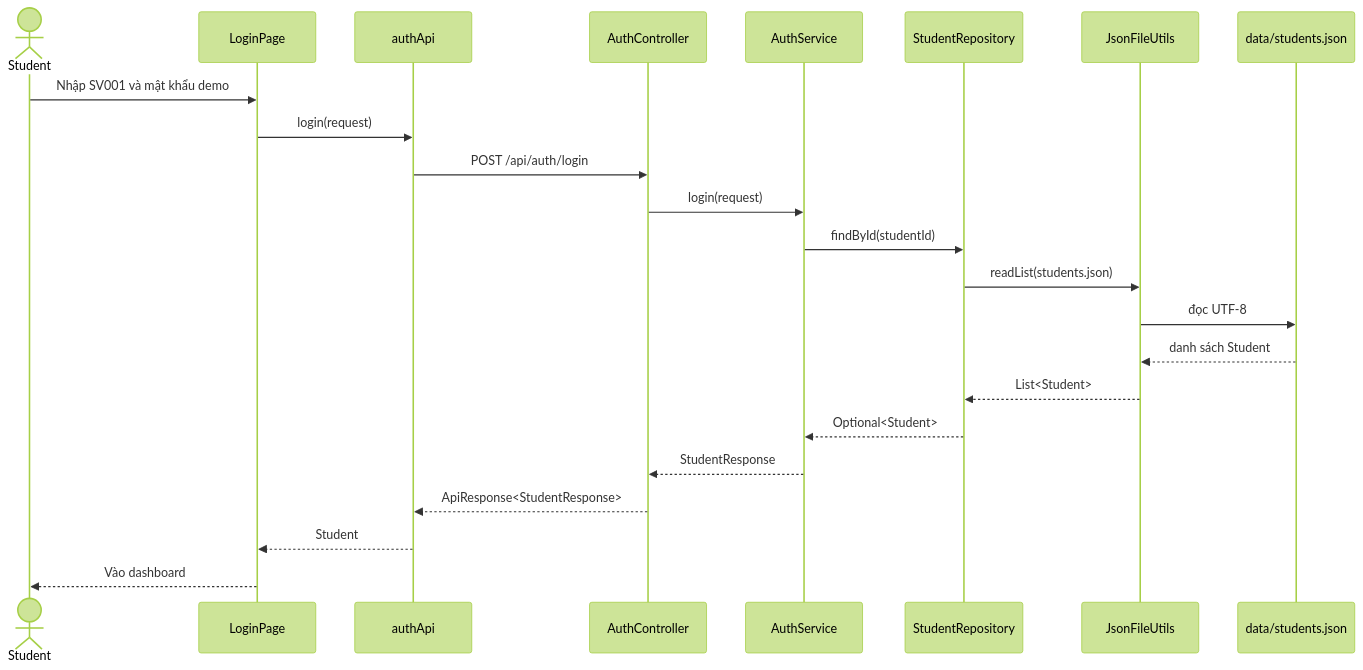
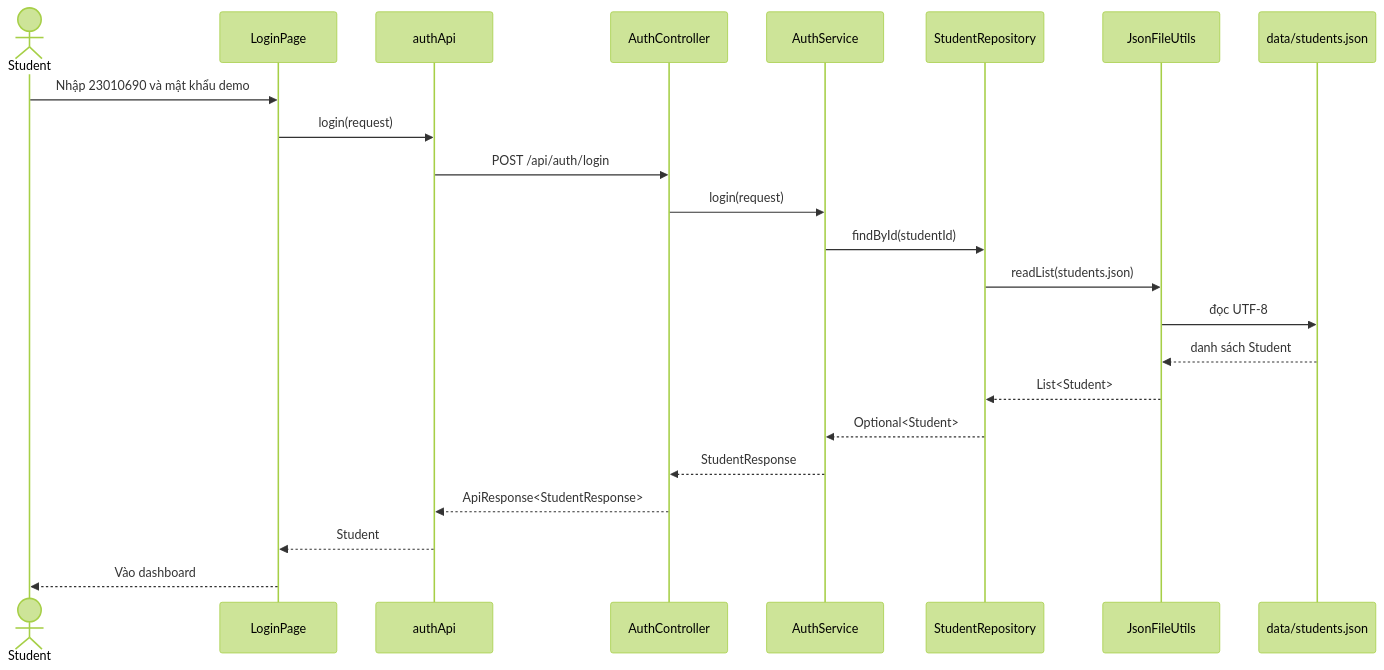
Before and after one commit to Shuuma4869/He-thong-dang-ki-mon-cho-sinh-vien-dai-hoc: the diagram in ho-so-nop-bai/so-do/sequence-login.md, drawn with Mermaid (forest theme). The commit also changed 41 other files, not shown here.

````diff
--- a/ho-so-nop-bai/so-do/sequence-login.md
+++ b/ho-so-nop-bai/so-do/sequence-login.md
@@ -3,26 +3,26 @@
 ```mermaid
 sequenceDiagram
   actor Student
   participant LoginPage
   participant authApi
   participant AuthController
   participant AuthService
   participant StudentRepository
   participant JsonFileUtils
   participant StudentsJson as data/students.json
 
-  Student->>LoginPage: Nhập SV001 và mật khẩu demo
+  Student->>LoginPage: Nhập 23010690 và mật khẩu demo
   LoginPage->>authApi: login(request)
   authApi->>AuthController: POST /api/auth/login
   AuthController->>AuthService: login(request)
   AuthService->>StudentRepository: findById(studentId)
   StudentRepository->>JsonFileUtils: readList(students.json)
   JsonFileUtils->>StudentsJson: đọc UTF-8
   StudentsJson-->>JsonFileUtils: danh sách Student
   JsonFileUtils-->>StudentRepository: List<Student>
   StudentRepository-->>AuthService: Optional<Student>
   AuthService-->>AuthController: StudentResponse
   AuthController-->>authApi: ApiResponse<StudentResponse>
   authApi-->>LoginPage: Student
   LoginPage-->>Student: Vào dashboard
 ```
````
